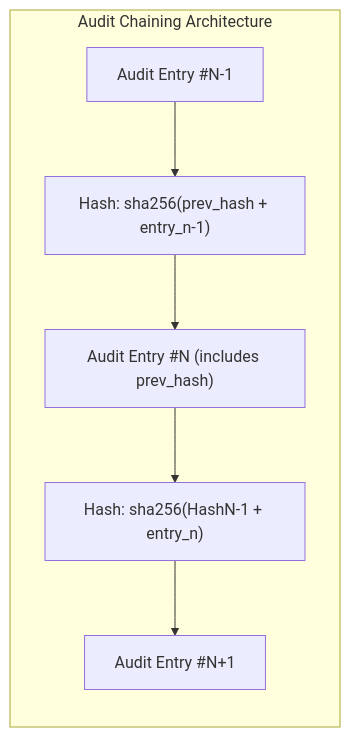
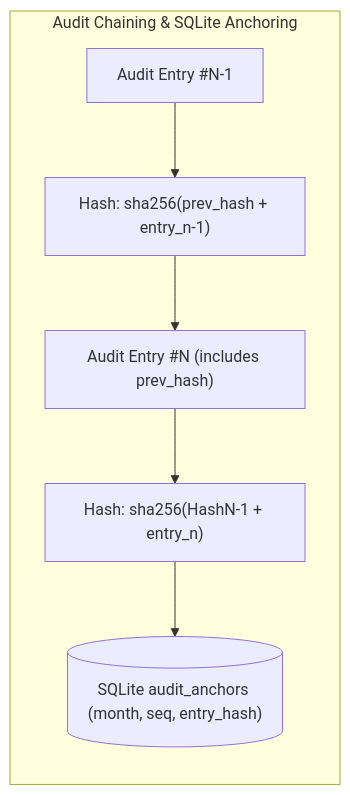
One commit to BranMik/Izvor changed the diagram in docs/administration-and-security/audit-logging-integrity.md. Above: the diagram before and after it, drawn with Mermaid. The commit also changed other lines of this file and 136 other files, not shown here.

````diff
--- a/docs/administration-and-security/audit-logging-integrity.md
+++ b/docs/administration-and-security/audit-logging-integrity.md
@@ -11,9 +11,9 @@
 ```mermaid
 graph LR
-    subgraph Audit Chaining Architecture
+    subgraph Audit Chaining & SQLite Anchoring
         EntryN1["Audit Entry #N-1"] --> HashN1["Hash: sha256(prev_hash + entry_n-1)"]
         HashN1 --> EntryN["Audit Entry #N (includes prev_hash)"]
         EntryN --> HashN["Hash: sha256(HashN-1 + entry_n)"]
-        HashN --> EntryN1_Next["Audit Entry #N+1"]
+        HashN --> AnchorDB[("SQLite audit_anchors (month, seq, entry_hash)")]
     end
 ```
````
